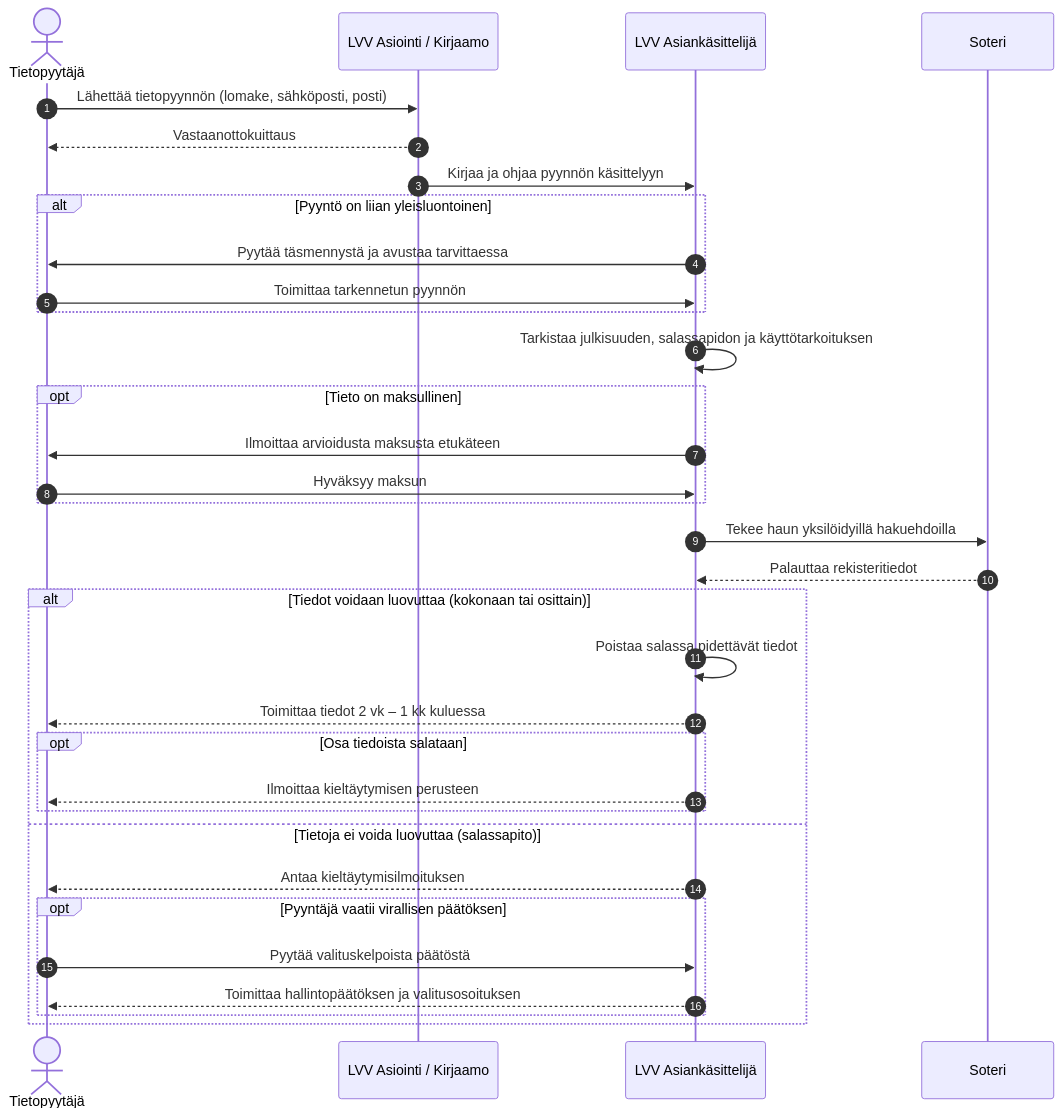
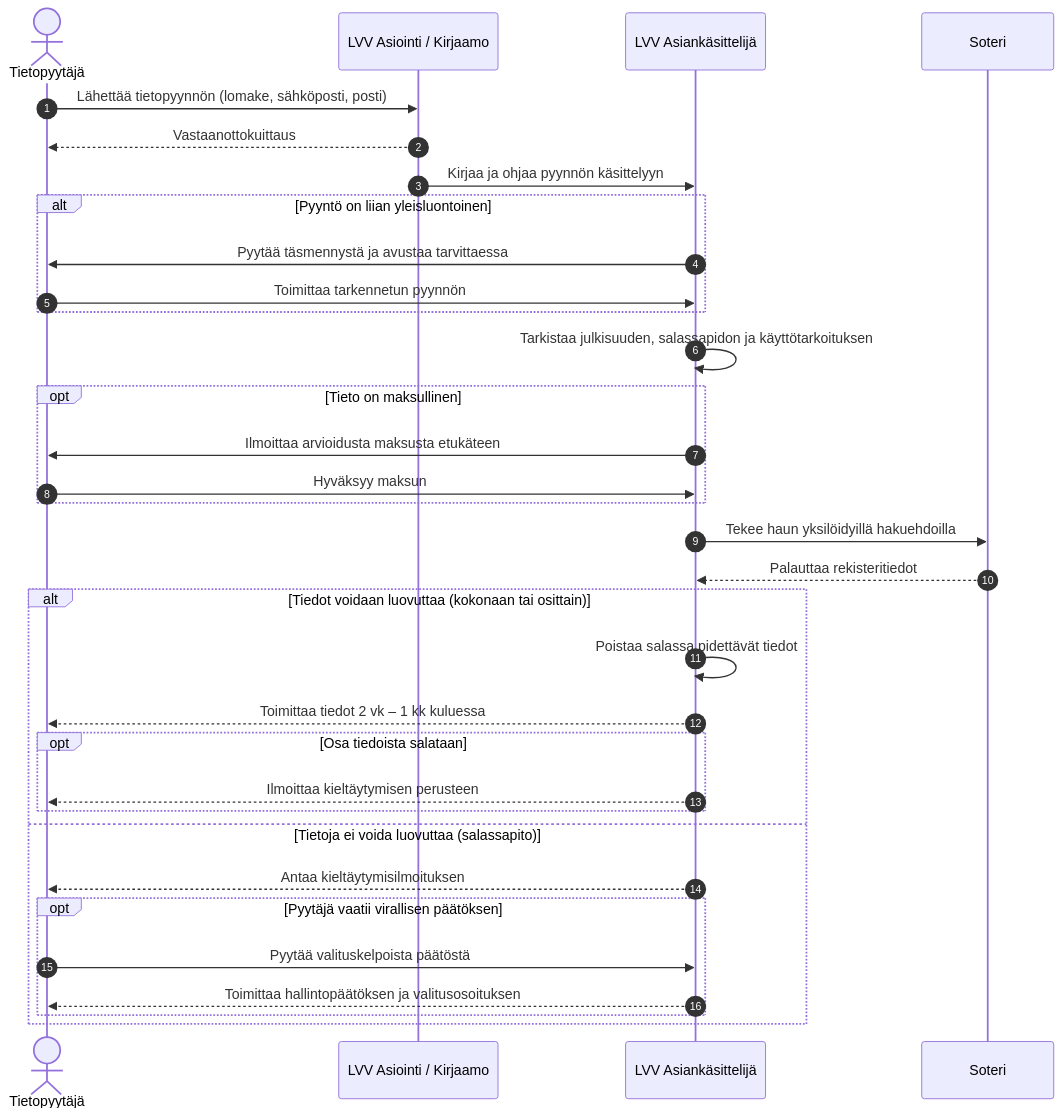
One commit to tnauar/LVV changed the first of 2 diagrams in LVV_sekvenssit.md. Above: the diagram before and after it, drawn with Mermaid. The commit also changed other lines of this file, not shown here.

````diff
--- a/LVV_sekvenssit.md
+++ b/LVV_sekvenssit.md
@@ -15,41 +15,41 @@
 ```mermaid
 sequenceDiagram
     autonumber
     actor Pyytaja as Tietopyytäjä
     participant Asiointi as LVV Asiointi / Kirjaamo
     participant Kasittelija as LVV Asiankäsittelijä
     participant Rekisteri as Soteri
 
     Pyytaja->>Asiointi: Lähettää tietopyynnön (lomake, sähköposti, posti)
     Asiointi-->>Pyytaja: Vastaanottokuittaus
     Asiointi->>Kasittelija: Kirjaa ja ohjaa pyynnön käsittelyyn
 
     alt Pyyntö on liian yleisluontoinen
         Kasittelija->>Pyytaja: Pyytää täsmennystä ja avustaa tarvittaessa
         Pyytaja->>Kasittelija: Toimittaa tarkennetun pyynnön
     end
 
     Kasittelija->>Kasittelija: Tarkistaa julkisuuden, salassapidon ja käyttötarkoituksen
     
     opt Tieto on maksullinen
         Kasittelija->>Pyytaja: Ilmoittaa arvioidusta maksusta etukäteen
         Pyytaja->>Kasittelija: Hyväksyy maksun
     end
 
     Kasittelija->>Rekisteri: Tekee haun yksilöidyillä hakuehdoilla
     Rekisteri-->>Kasittelija: Palauttaa rekisteritiedot
 
     alt Tiedot voidaan luovuttaa (kokonaan tai osittain)
         Kasittelija->>Kasittelija: Poistaa salassa pidettävät tiedot
         Kasittelija-->>Pyytaja: Toimittaa tiedot 2 vk – 1 kk kuluessa
         opt Osa tiedoista salataan
             Kasittelija-->>Pyytaja: Ilmoittaa kieltäytymisen perusteen
         end
     else Tietoja ei voida luovuttaa (salassapito)
         Kasittelija-->>Pyytaja: Antaa kieltäytymisilmoituksen
-        opt Pyyntäjä vaatii virallisen päätöksen
+        opt Pyytäjä vaatii virallisen päätöksen
             Pyytaja->>Kasittelija: Pyytää valituskelpoista päätöstä
             Kasittelija-->>Pyytaja: Toimittaa hallintopäätöksen ja valitusosoituksen
         end
     end
 ```
````
